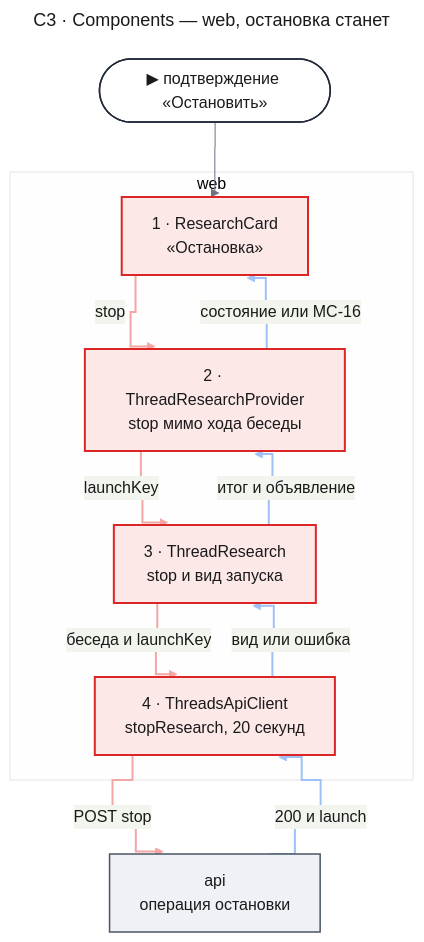
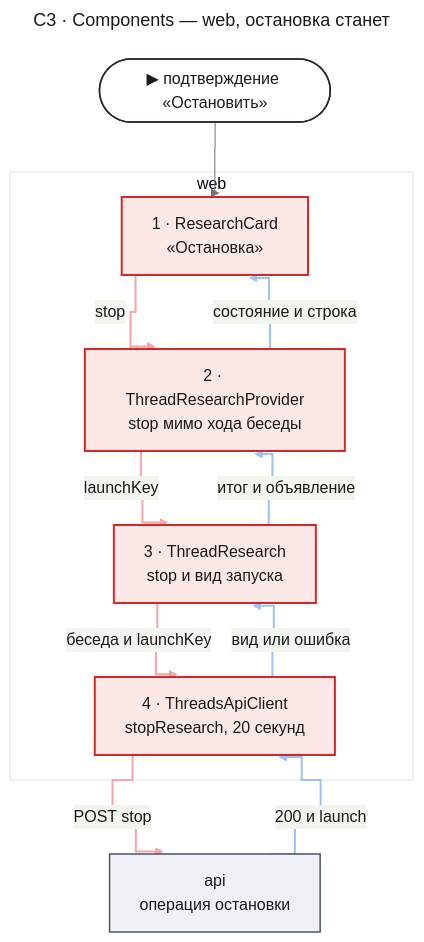
One commit to tundraray/agent-os changed the fourth of 11 diagrams in docs/features/agent-quality/design-web.md. Above: the diagram before and after it, drawn with Mermaid. The commit also changed other lines of this file, not shown here.

Commit message:
docs: align web design with lifecycle schema and new UXRD card states

````diff
--- a/docs/features/agent-quality/design-web.md
+++ b/docs/features/agent-quality/design-web.md
@@ -290,58 +297,58 @@
 ```mermaid
 ---
 title: "C3 · Components — web, остановка станет"
 config:
   theme: base
   look: classic
   themeVariables:
     primaryColor: "#eef1f5"
     primaryBorderColor: "#4b5563"
     primaryTextColor: "#1a1a1a"
     lineColor: "#6b7280"
   flowchart:
     curve: step
   themeCSS: |
     @keyframes lit_wsx{0%,11.25%{stroke:#991b1b;stroke-width:6px}12.5%,100%{stroke:#f4a5a5;stroke-width:2px}}
     @keyframes litr_wsx{0%,11.25%{stroke:#1d4ed8;stroke-width:6px}12.5%,100%{stroke:#9ec1f7;stroke-width:2px}}
 ---
 flowchart TB
     entry(["▶ подтверждение «Остановить»"])
     subgraph web["web"]
         card["1 · ResearchCard<br/>«Остановка»"]
         prov["2 · ThreadResearchProvider<br/>stop мимо хода беседы"]
         store["3 · ThreadResearch<br/>stop и вид запуска"]
         client["4 · ThreadsApiClient<br/>stopResearch, 20 секунд"]
     end
     api["api<br/>операция остановки"]
     entry --> card
     card e1@-->|"stop"| prov
     prov e2@-->|"launchKey"| store
     store e3@-->|"беседа и launchKey"| client
     client e4@-->|"POST stop"| api
     api e5@-->|"200 и launch"| client
     client e6@-->|"вид или ошибка"| store
     store e7@-->|"итог и объявление"| prov
-    prov e8@-->|"состояние или MC-16"| card
+    prov e8@-->|"состояние и строка"| card
     classDef entry fill:#ffffff,stroke:#1f2937,stroke-width:1.5px,color:#1a1a1a
     classDef changed fill:#fde8e8,stroke:#dc2626,stroke-width:2px,color:#1a1a1a
     classDef unchanged fill:#eef1f5,stroke:#4b5563,stroke-width:1.5px,color:#1a1a1a
     classDef w1 stroke:#f4a5a5,stroke-width:2px,animation:lit_wsx 9.6s linear 0s infinite
     classDef w2 stroke:#f4a5a5,stroke-width:2px,animation:lit_wsx 9.6s linear 1.2s infinite
     classDef w3 stroke:#f4a5a5,stroke-width:2px,animation:lit_wsx 9.6s linear 2.4s infinite
     classDef w4 stroke:#f4a5a5,stroke-width:2px,animation:lit_wsx 9.6s linear 3.6s infinite
     classDef r5 stroke:#9ec1f7,stroke-width:2px,animation:litr_wsx 9.6s linear 4.8s infinite
     classDef r6 stroke:#9ec1f7,stroke-width:2px,animation:litr_wsx 9.6s linear 6s infinite
     classDef r7 stroke:#9ec1f7,stroke-width:2px,animation:litr_wsx 9.6s linear 7.2s infinite
     classDef r8 stroke:#9ec1f7,stroke-width:2px,animation:litr_wsx 9.6s linear 8.4s infinite
     class entry entry
     class card,prov,store,client changed
     class api unchanged
     class e1 w1
     class e2 w2
     class e3 w3
     class e4 w4
     class e5 r5
     class e6 r6
     class e7 r7
     class e8 r8
 ```
````
